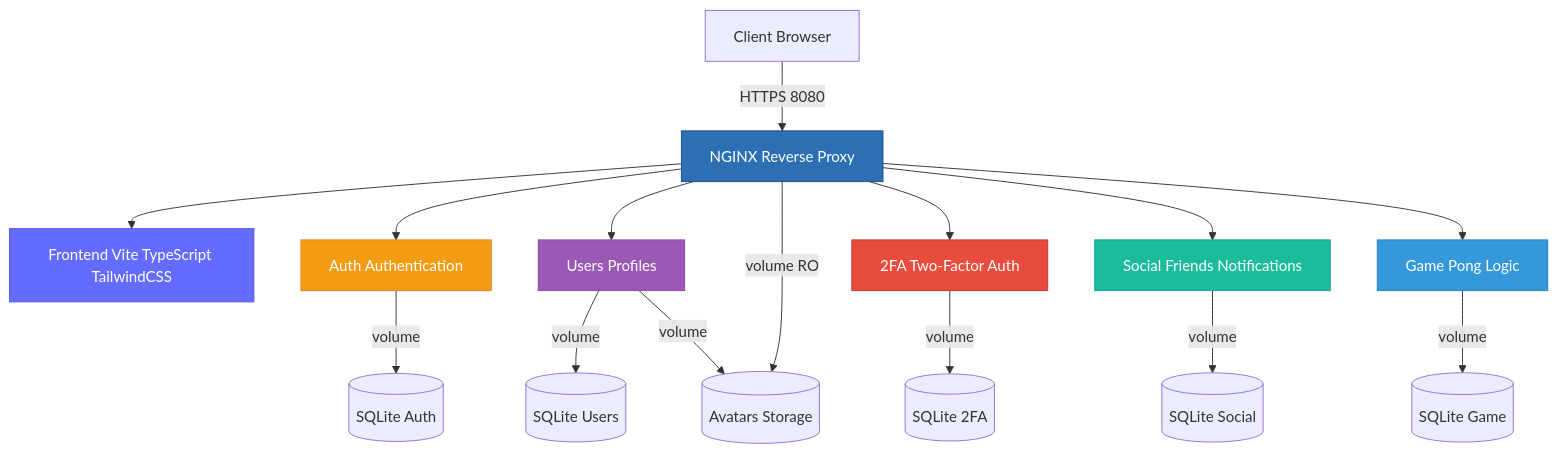
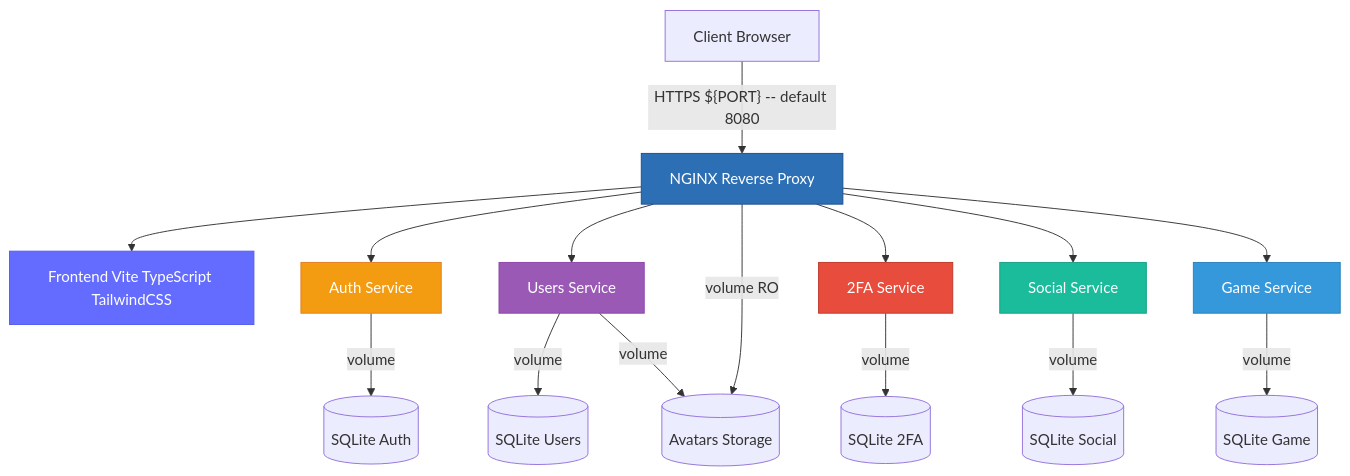
One commit to anais-f/42_ft_transcendence changed the first of 3 diagrams in architecture.md. Above: the diagram before and after it, drawn with Mermaid. The commit also changed other lines of this file and 1 other file, not shown here.

Commit message:
docs: update service communication

````diff
--- a/architecture.md
+++ b/architecture.md
@@ -8,30 +8,30 @@
 ```mermaid
 graph TB
     Client[Client Browser]
-    
-    Client -->|HTTPS 8080| Nginx[NGINX Reverse Proxy]
-    
+
+    Client -->|"HTTPS ${PORT} -- default 8080"| Nginx[NGINX Reverse Proxy]
+
     Nginx --> Frontend[Frontend Vite TypeScript TailwindCSS]
-    Nginx --> Auth[Auth Authentication]
-    Nginx --> Users[Users Profiles]
-    Nginx --> TwoFA[2FA Two-Factor Auth]
-    Nginx --> Social[Social Friends Notifications]
-    Nginx --> Game[Game Pong Logic]
-    
+    Nginx --> Auth[Auth Service]
+    Nginx --> Users[Users Service]
+    Nginx --> TwoFA[2FA Service]
+    Nginx --> Social[Social Service]
+    Nginx --> Game[Game Service]
+
     Auth -->|volume| DB_Auth[(SQLite Auth)]
     Users -->|volume| DB_Users[(SQLite Users)]
     Social -->|volume| DB_Social[(SQLite Social)]
     TwoFA -->|volume| DB_2FA[(SQLite 2FA)]
     Game -->|volume| DB_Game[(SQLite Game)]
-    
+
     Users -->|volume| Avatars[(Avatars Storage)]
     Nginx -->|volume RO| Avatars
-    
+
     style Nginx fill:#2d6fb5,stroke:#1a4d8f,color:#fff
     style Frontend fill:#646cff,stroke:#535bf2,color:#fff
     style Auth fill:#f39c12,stroke:#e67e22,color:#fff
     style Users fill:#9b59b6,stroke:#8e44ad,color:#fff
     style TwoFA fill:#e74c3c,stroke:#c0392b,color:#fff
     style Social fill:#1abc9c,stroke:#16a085,color:#fff
     style Game fill:#3498db,stroke:#2980b9,color:#fff
 ```
````
